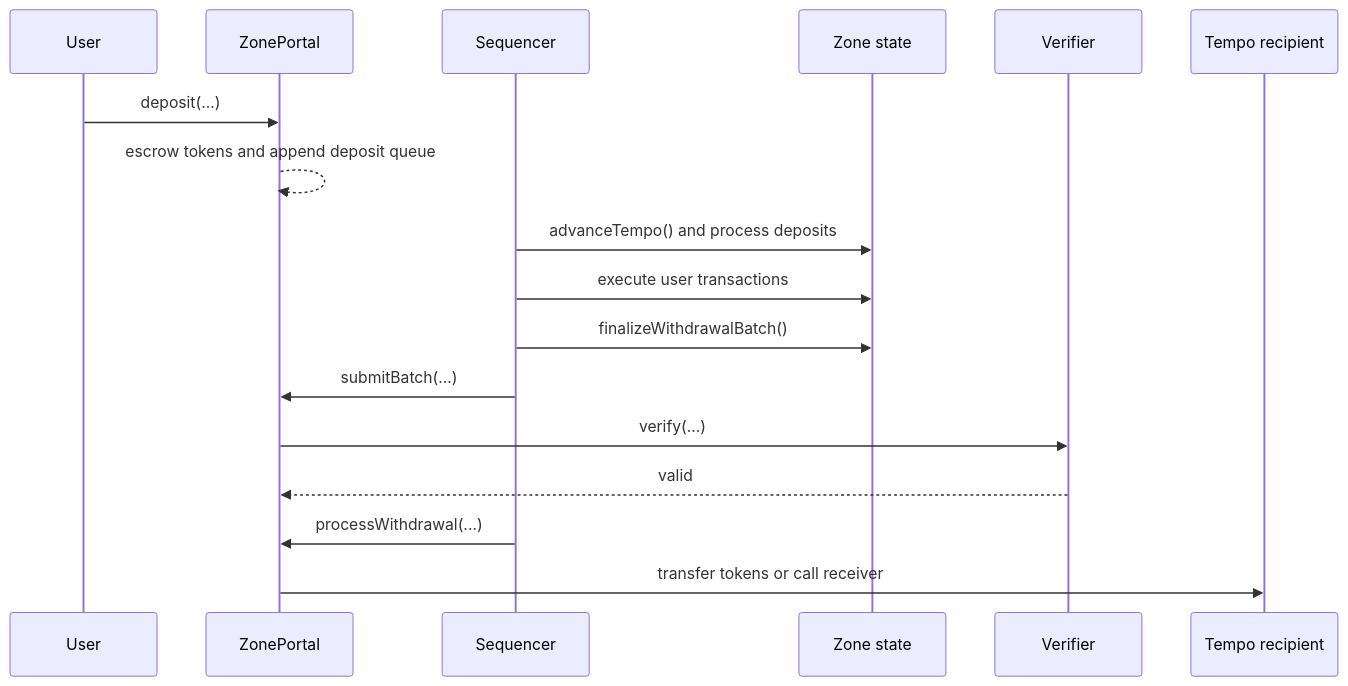
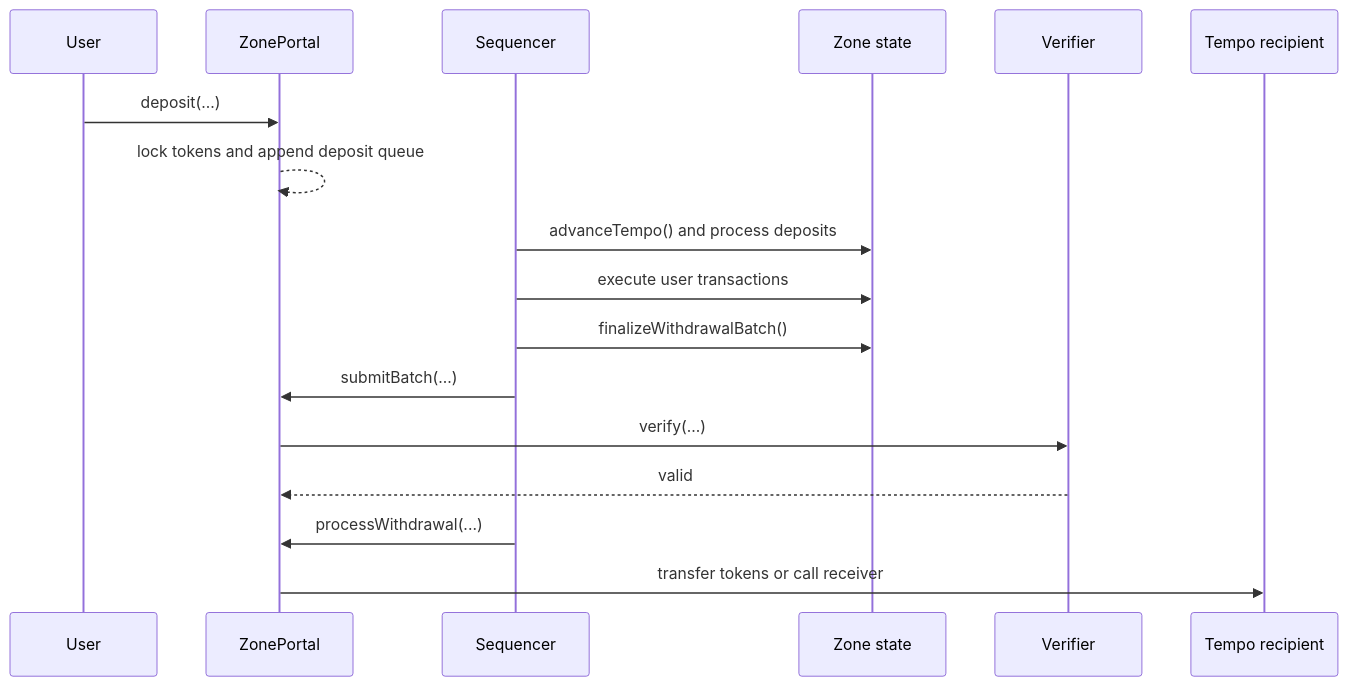
The second of 2 diagrams in docs/specs/privacy/overview.md (tempoxyz/zones), drawn with Mermaid before and after one commit. The commit also changed other lines of this file, not shown here.

````diff
--- a/docs/specs/privacy/overview.md
+++ b/docs/specs/privacy/overview.md
@@ -90,20 +90,20 @@
 ```mermaid
 sequenceDiagram
     participant User
     participant Portal as ZonePortal
     participant Sequencer
     participant Zone as Zone state
     participant Verifier
     participant Tempo as Tempo recipient
 
     User->>Portal: deposit(...)
-    Portal-->>Portal: escrow tokens and append deposit queue
+    Portal-->>Portal: lock tokens and append deposit queue
     Sequencer->>Zone: advanceTempo() and process deposits
     Sequencer->>Zone: execute user transactions
     Sequencer->>Zone: finalizeWithdrawalBatch()
     Sequencer->>Portal: submitBatch(...)
     Portal->>Verifier: verify(...)
     Verifier-->>Portal: valid
     Sequencer->>Portal: processWithdrawal(...)
     Portal->>Tempo: transfer tokens or call receiver
 ```
````
